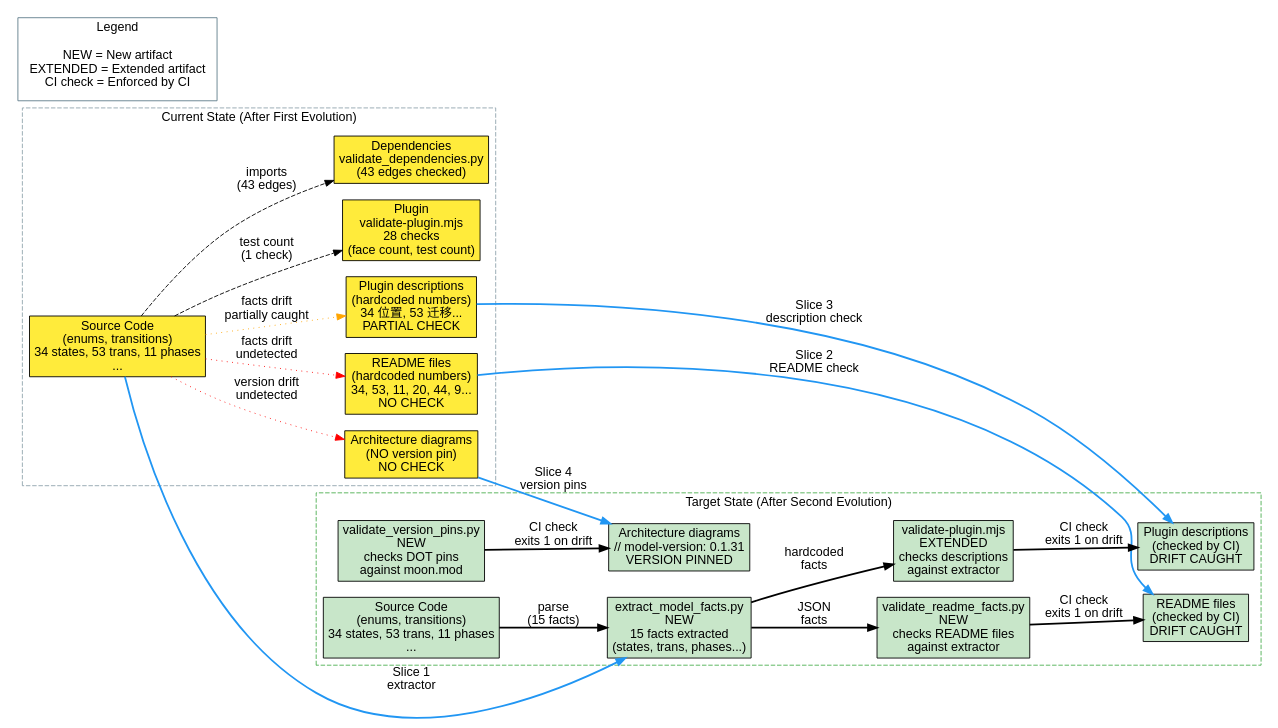
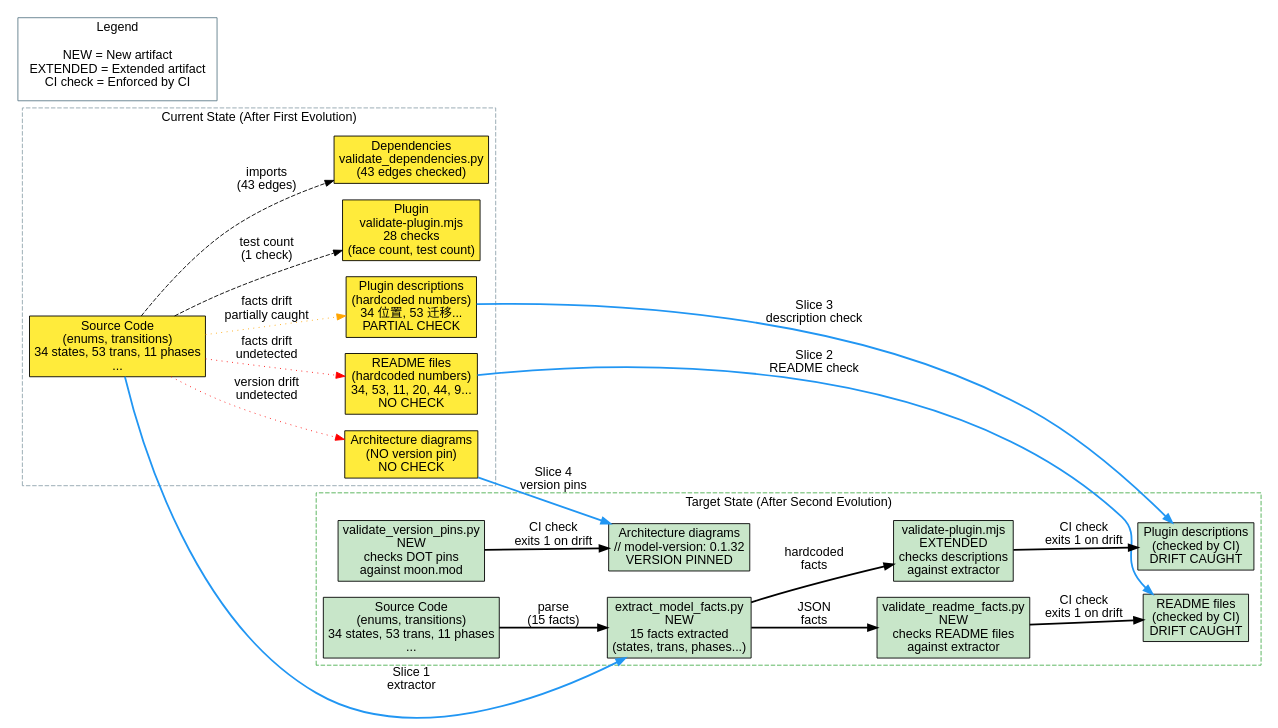
One commit to riantr/pyroduct changed the diagram in architecture/architecture-evolution-v2.dot. Above: the diagram before and after it, drawn with Graphviz. The commit also changed 44 other files, not shown here.

```diff
--- a/architecture/architecture-evolution-v2.dot
+++ b/architecture/architecture-evolution-v2.dot
@@ -1,74 +1,74 @@
 // Model Fact Registry Evolution — Current vs Target State
 // Generated: 2026-10-11
 
-// model-version: 0.1.31
+// model-version: 0.1.32
 digraph EvolutionV2 {
   rankdir=LR;
   fontname="Arial";
   node [fontname="Arial", style=filled, fillcolor="#E3F2FD", shape=box];
   edge [fontname="Arial"];
   
   subgraph cluster_current {
     label="Current State (After First Evolution)";
     style=dashed;
     color="#90A4AE";
     fontname="Arial";
     
     node [fillcolor="#FFEB3B"];
     
     current_source [label="Source Code\n(enums, transitions)\n34 states, 53 trans, 11 phases\n..."];
     current_plugin [label="Plugin\nvalidate-plugin.mjs\n28 checks\n(face count, test count)"];
     current_deps [label="Dependencies\nvalidate_dependencies.py\n(43 edges checked)"];
     current_readme [label="README files\n(hardcoded numbers)\n34, 53, 11, 20, 44, 9...\nNO CHECK"];
     current_desc [label="Plugin descriptions\n(hardcoded numbers)\n34 位置, 53 迁移...\nPARTIAL CHECK"];
     current_diagrams [label="Architecture diagrams\n(NO version pin)\nNO CHECK"];
     
     current_source -> current_plugin [label="test count\n(1 check)", style=dashed];
     current_source -> current_deps [label="imports\n(43 edges)", style=dashed];
     current_source -> current_readme [label="facts drift\nundetected", style=dotted, color=red];
     current_source -> current_desc [label="facts drift\npartially caught", style=dotted, color=orange];
     current_source -> current_diagrams [label="version drift\nundetected", style=dotted, color=red];
   }
   
   subgraph cluster_target {
     label="Target State (After Second Evolution)";
     style=dashed;
     color="#4CAF50";
     fontname="Arial";
     
     node [fillcolor="#C8E6C9"];
     
     target_source [label="Source Code\n(enums, transitions)\n34 states, 53 trans, 11 phases\n..."];
     target_extractor [label="extract_model_facts.py\nNEW\n15 facts extracted\n(states, trans, phases...)"];
     target_readme_check [label="validate_readme_facts.py\nNEW\nchecks README files\nagainst extractor"];
     target_plugin_check [label="validate-plugin.mjs\nEXTENDED\nchecks descriptions\nagainst extractor"];
     target_version_check [label="validate_version_pins.py\nNEW\nchecks DOT pins\nagainst moon.mod"];
     target_readme [label="README files\n(checked by CI)\nDRIFT CAUGHT"];
     target_desc [label="Plugin descriptions\n(checked by CI)\nDRIFT CAUGHT"];
-    target_diagrams [label="Architecture diagrams\n// model-version: 0.1.31\nVERSION PINNED"];
+    target_diagrams [label="Architecture diagrams\n// model-version: 0.1.32\nVERSION PINNED"];
     
     target_source -> target_extractor [label="parse\n(15 facts)", style=bold];
     target_extractor -> target_readme_check [label="JSON\nfacts", style=bold];
     target_extractor -> target_plugin_check [label="hardcoded\nfacts", style=bold];
     target_readme_check -> target_readme [label="CI check\nexits 1 on drift", style=bold];
     target_plugin_check -> target_desc [label="CI check\nexits 1 on drift", style=bold];
     target_version_check -> target_diagrams [label="CI check\nexits 1 on drift", style=bold];
   }
   
   // Evolution arrows
   current_readme -> target_readme [label="Slice 2\nREADME check", style=bold, color="#2196F3"];
   current_desc -> target_desc [label="Slice 3\ndescription check", style=bold, color="#2196F3"];
   current_diagrams -> target_diagrams [label="Slice 4\nversion pins", style=bold, color="#2196F3"];
   current_source -> target_extractor [label="Slice 1\nextractor", style=bold, color="#2196F3"];
   
   // Legend
   subgraph cluster_legend {
     label="Legend";
     style=solid;
     color="#607D8B";
     fontname="Arial";
     node [shape=plaintext, fillcolor=white];
     
     legend_new [label="NEW = New artifact\nEXTENDED = Extended artifact\nCI check = Enforced by CI"];
   }
 }
```
